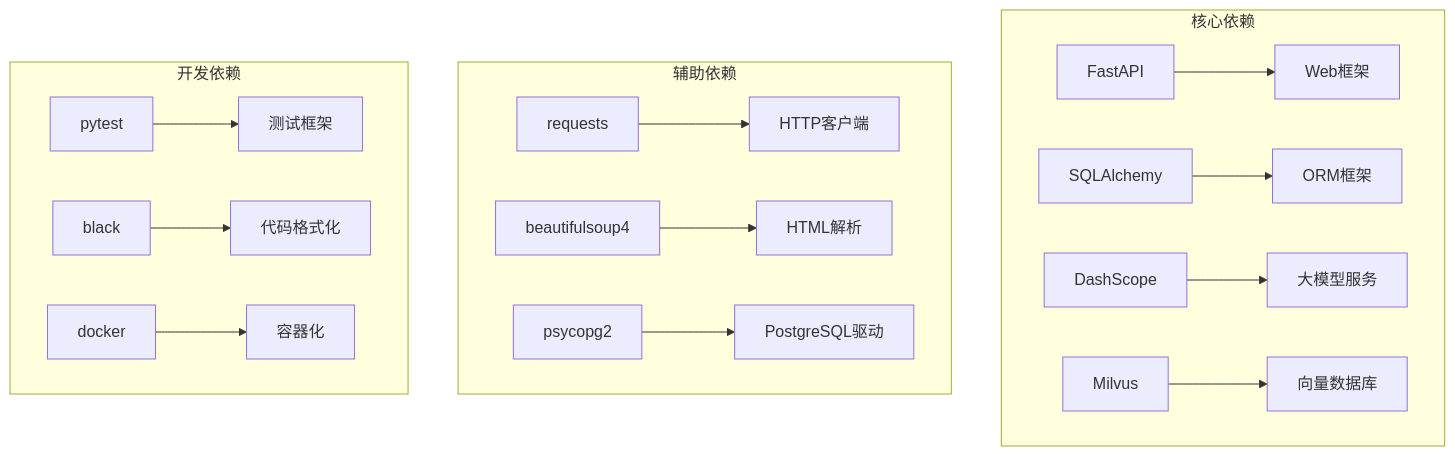
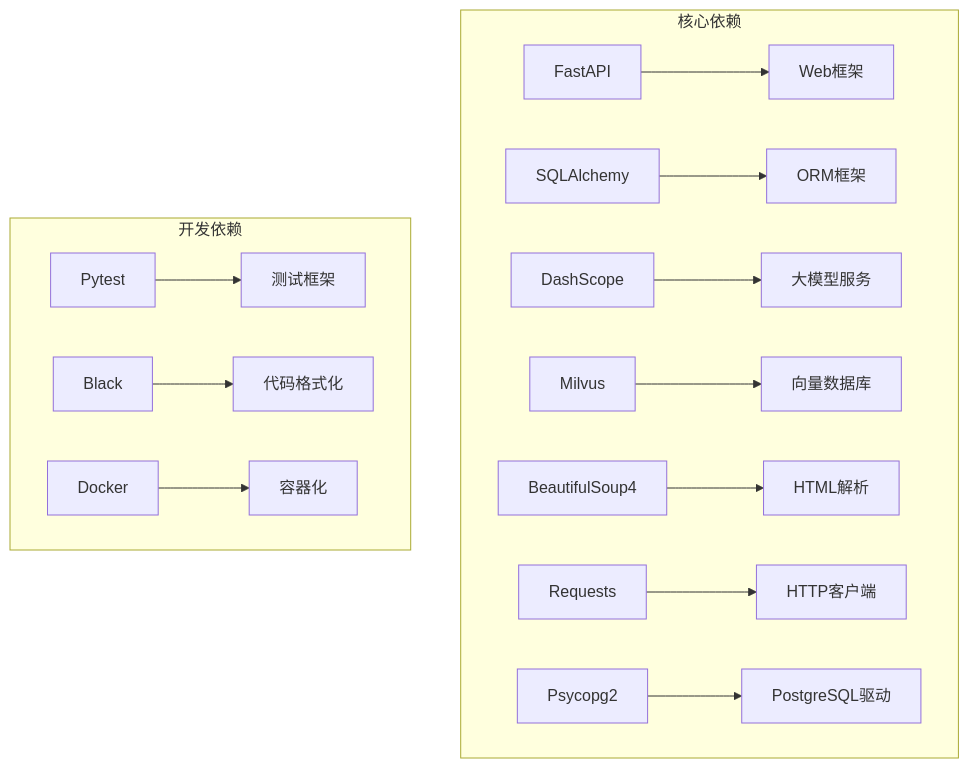
One commit to ghbbn053-ship-itsoulddog/soulddog changed diagram 16 of 22 in .qoder/repowiki/zh/content/AI智能问答系统/RAG架构设计.md. Above: the diagram before and after it, drawn with Mermaid. The commit also changed other lines of this file and 119 other files, not shown here.

````diff
--- a/.qoder/repowiki/zh/content/AI智能问答系统/RAG架构设计.md
+++ b/.qoder/repowiki/zh/content/AI智能问答系统/RAG架构设计.md
@@ -535,19 +607,17 @@
 ```mermaid
 graph TB
 subgraph "核心依赖"
 A[FastAPI] --> B[Web框架]
 C[SQLAlchemy] --> D[ORM框架]
 E[DashScope] --> F[大模型服务]
 G[Milvus] --> H[向量数据库]
-end
-subgraph "辅助依赖"
-I[requests] --> J[HTTP客户端]
-K[beautifulsoup4] --> L[HTML解析]
-M[psycopg2] --> N[PostgreSQL驱动]
+I[BeautifulSoup4] --> J[HTML解析]
+K[Requests] --> L[HTTP客户端]
+M[Psycopg2] --> N[PostgreSQL驱动]
 end
 subgraph "开发依赖"
-O[pytest] --> P[测试框架]
-Q[black] --> R[代码格式化]
-S[docker] --> T[容器化]
+O[Pytest] --> P[测试框架]
+Q[Black] --> R[代码格式化]
+S[Docker] --> T[容器化]
 end
 ```
````
